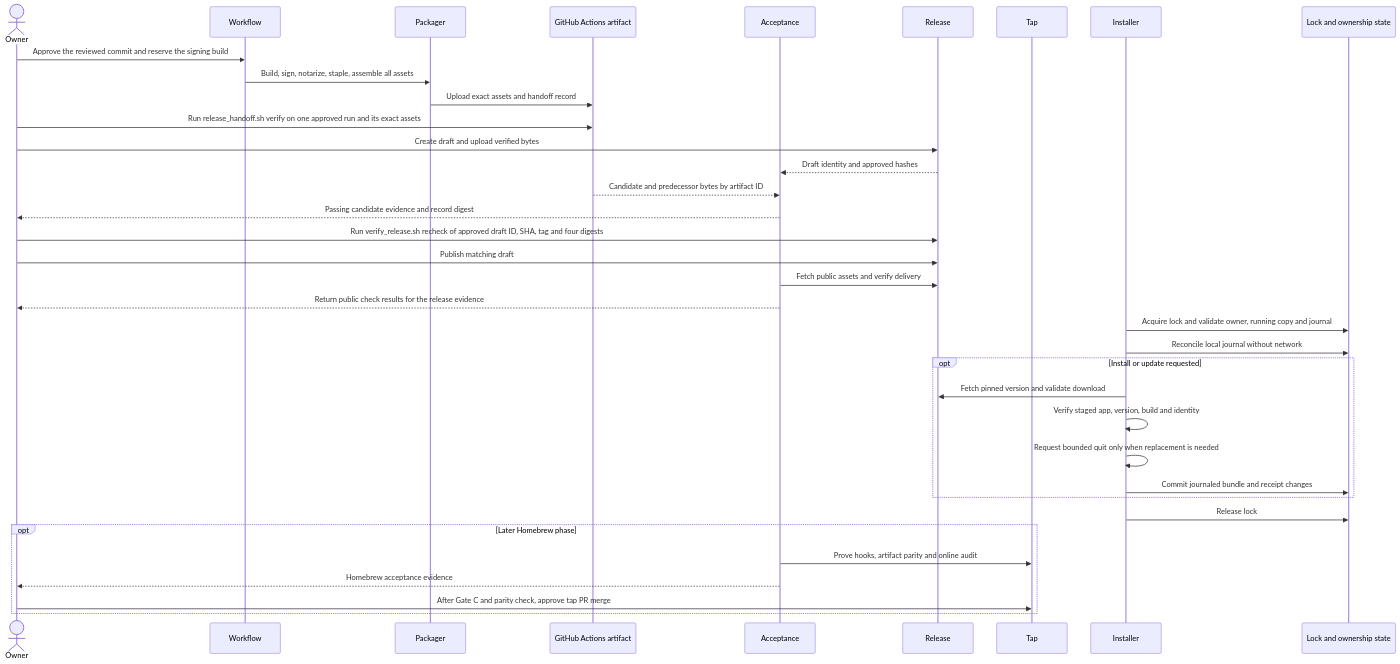
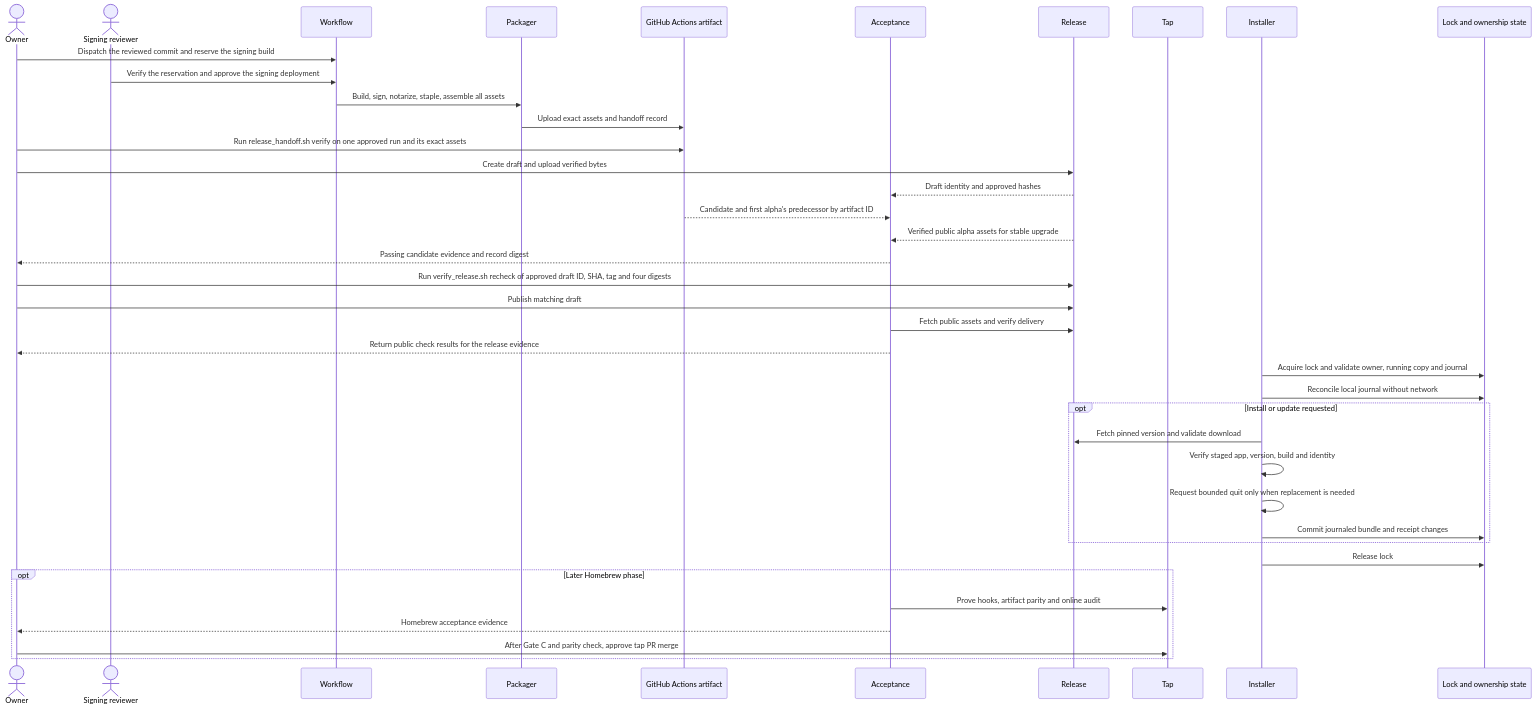
One commit to pipecat-ai/pipecat-service-toolbar changed the second of 2 diagrams in docs/plans/20261117-feature-app-distribution.md. Above: the diagram before and after it, drawn with Mermaid. The commit also changed other lines of this file and 1 other file, not shown here.

````diff
--- a/docs/plans/20261117-feature-app-distribution.md
+++ b/docs/plans/20261117-feature-app-distribution.md
@@ -986,38 +1018,41 @@
 ```mermaid
 sequenceDiagram
     actor Owner
+    actor Reviewer as Signing reviewer
     participant Workflow
     participant Packager
     participant Store as GitHub Actions artifact
     participant Acceptance
     participant Release
     participant Tap
     participant Installer
     participant State as Lock and ownership state
-    Owner->>Workflow: Approve the reviewed commit and reserve the signing build
+    Owner->>Workflow: Dispatch the reviewed commit and reserve the signing build
+    Reviewer->>Workflow: Verify the reservation and approve the signing deployment
     Workflow->>Packager: Build, sign, notarize, staple, assemble all assets
     Packager->>Store: Upload exact assets and handoff record
     Owner->>Store: Run release_handoff.sh verify on one approved run and its exact assets
     Owner->>Release: Create draft and upload verified bytes
     Release-->>Acceptance: Draft identity and approved hashes
-    Store-->>Acceptance: Candidate and predecessor bytes by artifact ID
+    Store-->>Acceptance: Candidate and first alpha's predecessor by artifact ID
+    Release-->>Acceptance: Verified public alpha assets for stable upgrade
     Acceptance-->>Owner: Passing candidate evidence and record digest
     Owner->>Release: Run verify_release.sh recheck of approved draft ID, SHA, tag and four digests
     Owner->>Release: Publish matching draft
     Acceptance->>Release: Fetch public assets and verify delivery
     Acceptance-->>Owner: Return public check results for the release evidence
     Installer->>State: Acquire lock and validate owner, running copy and journal
     Installer->>State: Reconcile local journal without network
     opt Install or update requested
         Installer->>Release: Fetch pinned version and validate download
         Installer->>Installer: Verify staged app, version, build and identity
         Installer->>Installer: Request bounded quit only when replacement is needed
         Installer->>State: Commit journaled bundle and receipt changes
     end
     Installer->>State: Release lock
     opt Later Homebrew phase
         Acceptance->>Tap: Prove hooks, artifact parity and online audit
         Acceptance-->>Owner: Homebrew acceptance evidence
         Owner->>Tap: After Gate C and parity check, approve tap PR merge
     end
 ```
````
